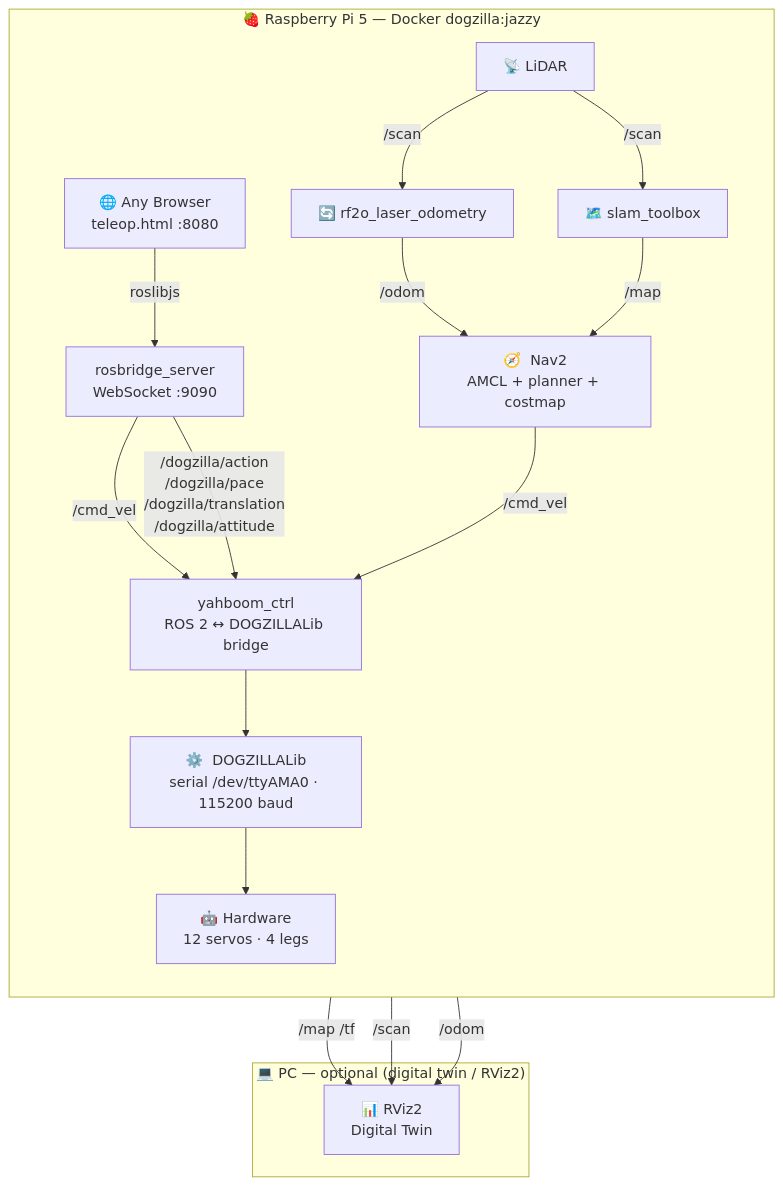
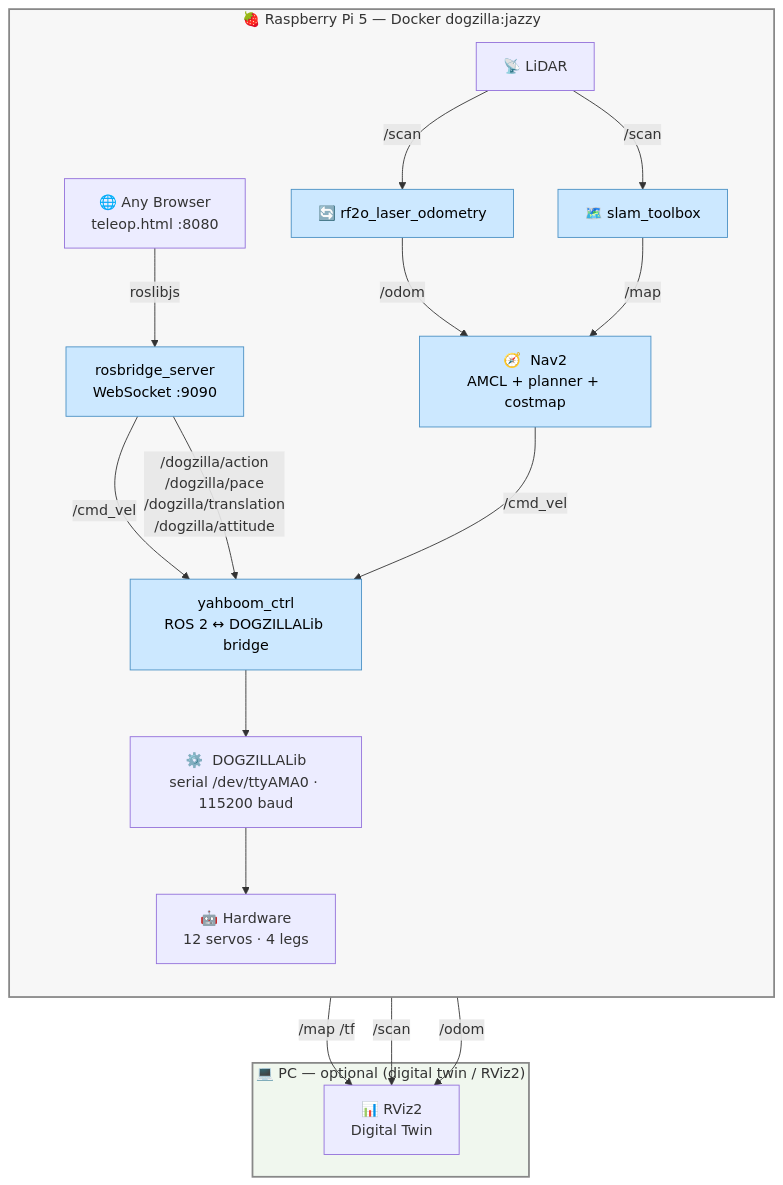
The diagram in README.md (auCamelia/dogzilla), drawn with Mermaid before and after one commit.

Commit message:
README: style Mermaid diagram — ROS2 nodes light blue, distinct subgraphs

````diff
--- a/README.md
+++ b/README.md
@@ -22,33 +22,39 @@
 ```mermaid
 graph TB
     subgraph PI["🍓  Raspberry Pi 5 — Docker dogzilla:jazzy"]
         direction TB
         Browser["🌐 Any Browser\nteleop.html :8080"]
         RB["rosbridge_server\nWebSocket :9090"]
         CTRL["yahboom_ctrl\nROS 2 ↔ DOGZILLALib bridge"]
         LIB["⚙️  DOGZILLALib\nserial /dev/ttyAMA0 · 115200 baud"]
         HW["🤖  Hardware\n12 servos · 4 legs"]
         SLAM["🗺️  slam_toolbox"]
         NAV["🧭  Nav2\nAMCL + planner + costmap"]
         LIDAR["📡  LiDAR"]
         ODOM["🔄  rf2o_laser_odometry"]
 
         Browser -- roslibjs --> RB
         RB -->|/cmd_vel| CTRL
         RB -->|/dogzilla/action\n/dogzilla/pace\n/dogzilla/translation\n/dogzilla/attitude| CTRL
         CTRL --> LIB --> HW
         LIDAR -->|/scan| SLAM
         LIDAR -->|/scan| ODOM
         ODOM -->|/odom| NAV
         SLAM -->|/map| NAV
         NAV -->|/cmd_vel| CTRL
     end
 
     subgraph PC["💻  PC — optional (digital twin / RViz2)"]
         RViz["📊 RViz2\nDigital Twin"]
     end
 
     SLAM -->|/map /tf| RViz
     LIDAR -->|/scan| RViz
     ODOM -->|/odom| RViz
+
+    classDef ros2 fill:#cce8ff,stroke:#4a90c4,color:#000
+    class RB,CTRL,SLAM,NAV,ODOM ros2
+
+    style PI fill:#f7f7f7,stroke:#888,stroke-width:2px,padding:20px
+    style PC fill:#f0f7ee,stroke:#888,stroke-width:2px,padding:20px
 ```
````
